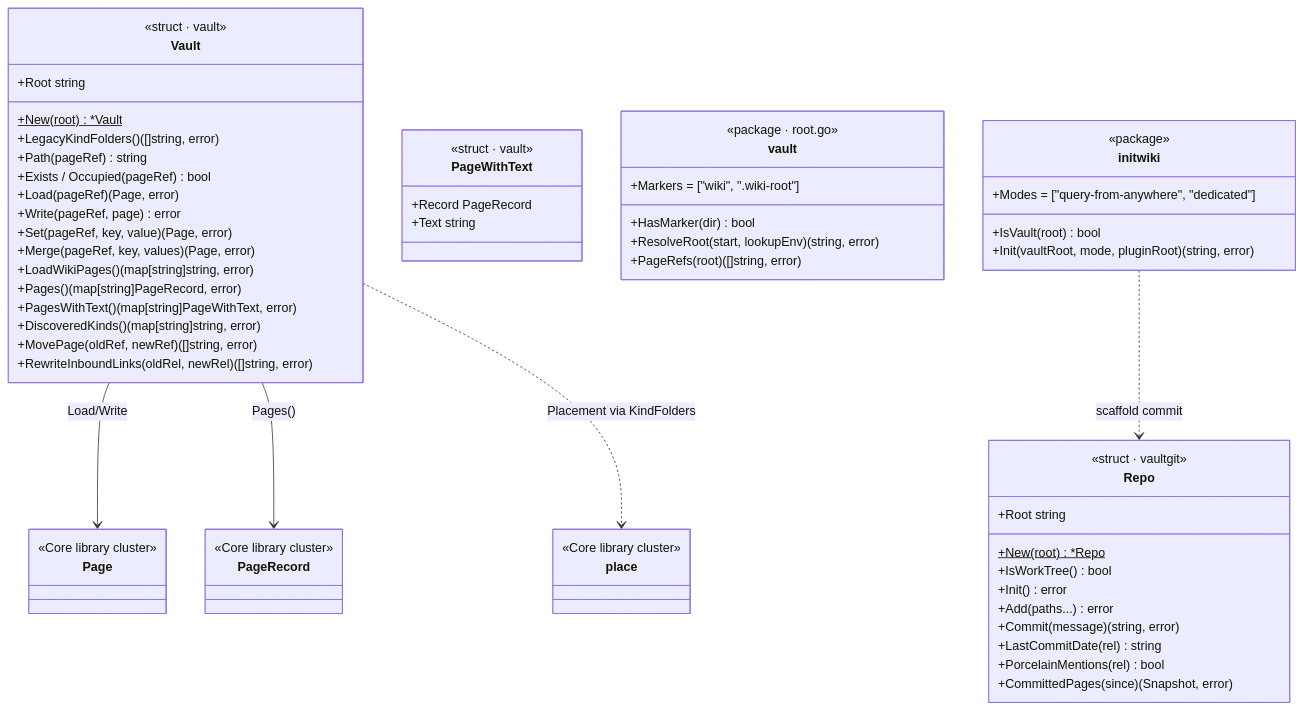
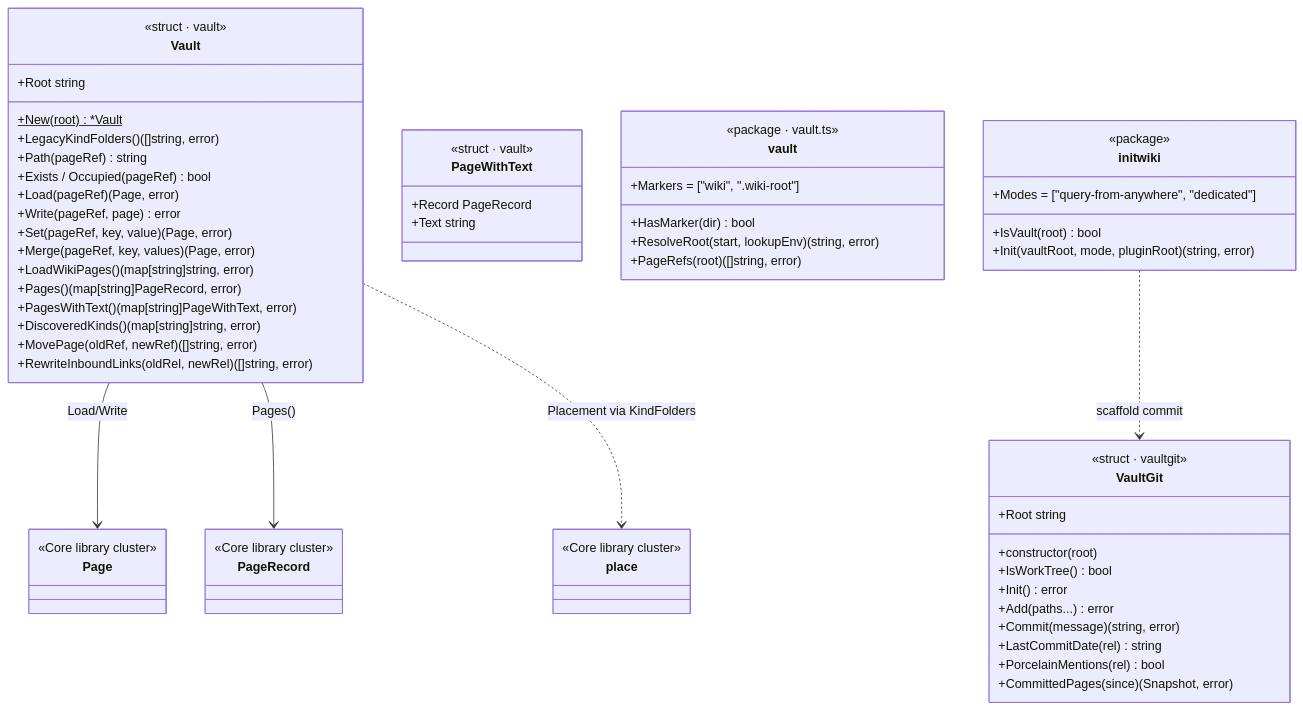
One commit to dhague/enchiridion changed the fourth of 9 diagrams in docs/architecture.md. Above: the diagram before and after it, drawn with Mermaid. The commit also changed other lines of this file and 95 other files, not shown here.

````diff
--- a/docs/architecture.md
+++ b/docs/architecture.md
@@ -228,65 +227,65 @@
 ```mermaid
 classDiagram
     class Vault {
         <<struct · vault>>
         +Root string
         +New(root)$ *Vault
         +LegacyKindFolders() ([]string, error)
         +Path(pageRef) string
         +Exists / Occupied(pageRef) bool
         +Load(pageRef) (Page, error)
         +Write(pageRef, page) error
         +Set(pageRef, key, value) (Page, error)
         +Merge(pageRef, key, values) (Page, error)
         +LoadWikiPages() (map[string]string, error)
         +Pages() (map[string]PageRecord, error)
         +PagesWithText() (map[string]PageWithText, error)
         +DiscoveredKinds() (map[string]string, error)
         +MovePage(oldRef, newRef) ([]string, error)
         +RewriteInboundLinks(oldRel, newRel) ([]string, error)
     }
     class PageWithText {
         <<struct · vault>>
         +Record PageRecord
         +Text string
     }
     class vault {
-        <<package · root.go>>
+        <<package · vault.ts>>
         +Markers = ["wiki", ".wiki-root"]
         +HasMarker(dir) bool
         +ResolveRoot(start, lookupEnv) (string, error)
         +PageRefs(root) ([]string, error)
     }
-    class Repo {
+    class VaultGit {
         <<struct · vaultgit>>
         +Root string
-        +New(root)$ *Repo
+        +constructor(root)
         +IsWorkTree() bool
         +Init() error
         +Add(paths...) error
         +Commit(message) (string, error)
         +LastCommitDate(rel) string
         +PorcelainMentions(rel) bool
         +CommittedPages(since) (Snapshot, error)
     }
     class initwiki {
         <<package>>
         +Modes = ["query-from-anywhere", "dedicated"]
         +IsVault(root) bool
         +Init(vaultRoot, mode, pluginRoot) (string, error)
     }
     class PageRecord {
         <<Core library cluster>>
     }
     class Page {
         <<Core library cluster>>
     }
     class place {
         <<Core library cluster>>
     }
 
     Vault --> Page : Load/Write
     Vault --> PageRecord : Pages()
     Vault ..> place : Placement via KindFolders
-    initwiki ..> Repo : scaffold commit
+    initwiki ..> VaultGit : scaffold commit
 ```
````
